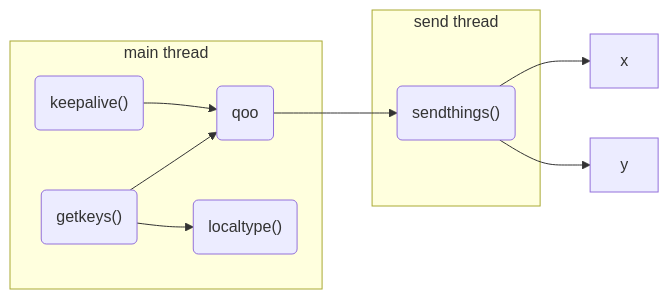
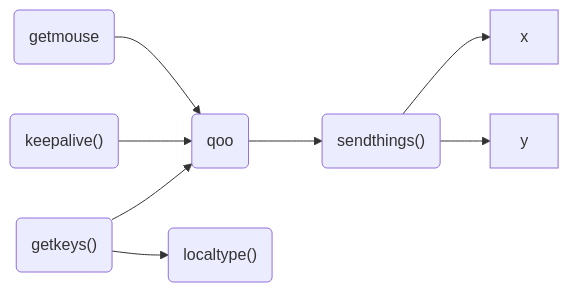
Before and after one commit to pxp888/keeb: the first of 2 diagrams in README.md, drawn with Mermaid. The commit also changed other lines of this file and 2 other files, not shown here.

````diff
--- a/README.md
+++ b/README.md
@@ -4,27 +18,17 @@
 ```mermaid
 graph LR
 
 gk("getkeys()")
 ka("keepalive()")
 qoo(qoo)
 st("sendthings()")
+lt("localtype()")
 
-lt("localtype()")
+gm("getmouse")
 
 gk & ka --> qoo --> st
 gk --> lt
-
 st --> x & y
-
-subgraph "main thread"
-    gk
-    ka
-    lt
-    qoo
-end
-
-subgraph "send thread"
-    st
-end
+gm --> qoo
 
 ```
````
